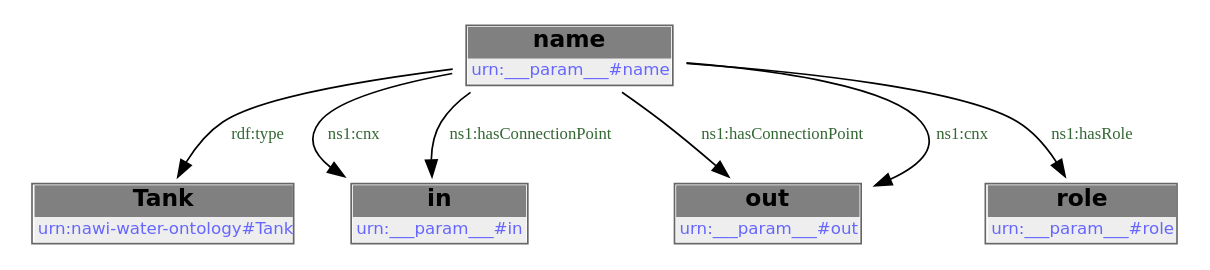
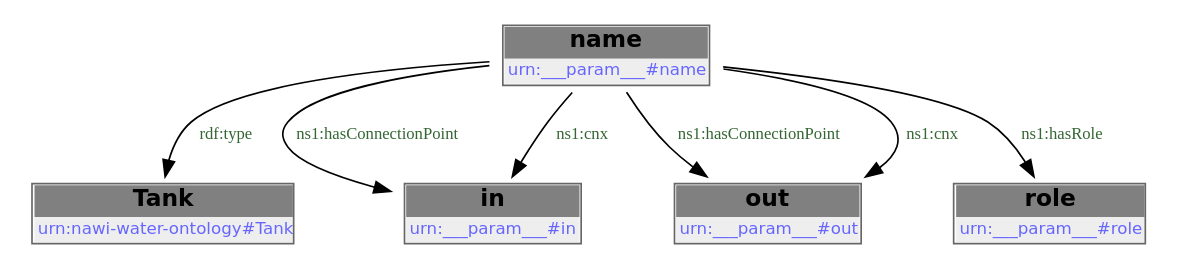
The first of 2 diagrams in docs/libraries/templates/bladder.rst (DataDrivenCPS/water-ontology), drawn with Graphviz before and after one commit. The commit also changed other lines of this file and 33 other files, not shown here.

```diff
--- a/docs/libraries/templates/bladder.rst
+++ b/docs/libraries/templates/bladder.rst
@@ -82,16 +82,16 @@
         .. graphviz::
 
                 digraph G {
             node [fontname="DejaVu Sans"];
             node0 -> node1 [color=BLACK, label=< <font point-size='10' color='#336633'>rdf:type</font> >];
+            node0 -> node2 [color=BLACK, label=< <font point-size='10' color='#336633'>ns1:hasConnectionPoint</font> >];
+            node0 -> node3 [color=BLACK, label=< <font point-size='10' color='#336633'>ns1:hasConnectionPoint</font> >];
+            node0 -> node4 [color=BLACK, label=< <font point-size='10' color='#336633'>ns1:hasRole</font> >];
             node0 -> node2 [color=BLACK, label=< <font point-size='10' color='#336633'>ns1:cnx</font> >];
-            node0 -> node3 [color=BLACK, label=< <font point-size='10' color='#336633'>ns1:hasConnectionPoint</font> >];
-            node0 -> node2 [color=BLACK, label=< <font point-size='10' color='#336633'>ns1:hasConnectionPoint</font> >];
             node0 -> node3 [color=BLACK, label=< <font point-size='10' color='#336633'>ns1:cnx</font> >];
-            node0 -> node4 [color=BLACK, label=< <font point-size='10' color='#336633'>ns1:hasRole</font> >];
             node0 [shape=none, color=black, label=< <table color='#666666' cellborder='0' cellspacing='0' border='1'><tr><td colspan='2' bgcolor='grey'><B>name</B></td></tr><tr><td href='urn:___param___#name' bgcolor='#eeeeee' colspan='2'><font point-size='10' color='#6666ff'>urn:___param___#name</font></td></tr></table> >];
             node1 [shape=none, color=black, label=< <table color='#666666' cellborder='0' cellspacing='0' border='1'><tr><td colspan='2' bgcolor='grey'><B>Tank</B></td></tr><tr><td href='urn:nawi-water-ontology#Tank' bgcolor='#eeeeee' colspan='2'><font point-size='10' color='#6666ff'>urn:nawi-water-ontology#Tank</font></td></tr></table> >];
             node2 [shape=none, color=black, label=< <table color='#666666' cellborder='0' cellspacing='0' border='1'><tr><td colspan='2' bgcolor='grey'><B>in</B></td></tr><tr><td href='urn:___param___#in' bgcolor='#eeeeee' colspan='2'><font point-size='10' color='#6666ff'>urn:___param___#in</font></td></tr></table> >];
             node3 [shape=none, color=black, label=< <table color='#666666' cellborder='0' cellspacing='0' border='1'><tr><td colspan='2' bgcolor='grey'><B>out</B></td></tr><tr><td href='urn:___param___#out' bgcolor='#eeeeee' colspan='2'><font point-size='10' color='#6666ff'>urn:___param___#out</font></td></tr></table> >];
             node4 [shape=none, color=black, label=< <table color='#666666' cellborder='0' cellspacing='0' border='1'><tr><td colspan='2' bgcolor='grey'><B>role</B></td></tr><tr><td href='urn:___param___#role' bgcolor='#eeeeee' colspan='2'><font point-size='10' color='#6666ff'>urn:___param___#role</font></td></tr></table> >];
             }
```
